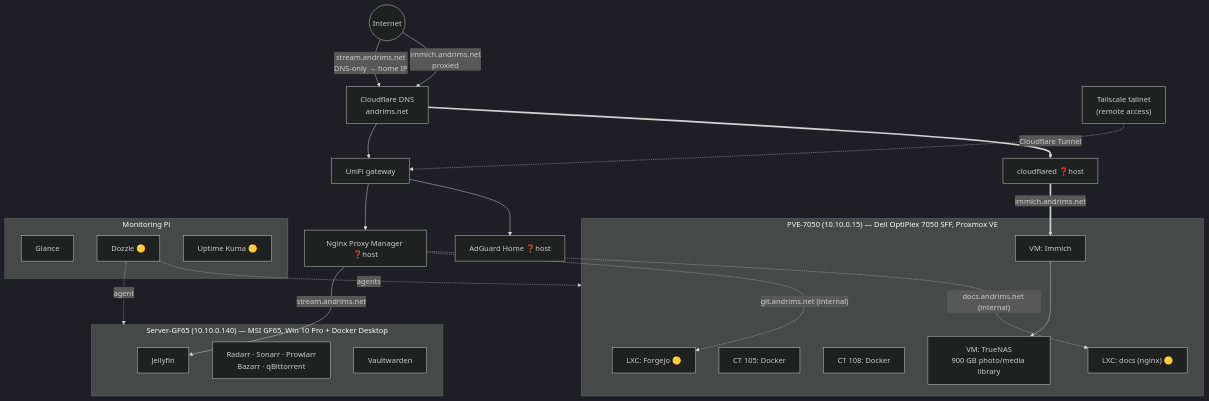
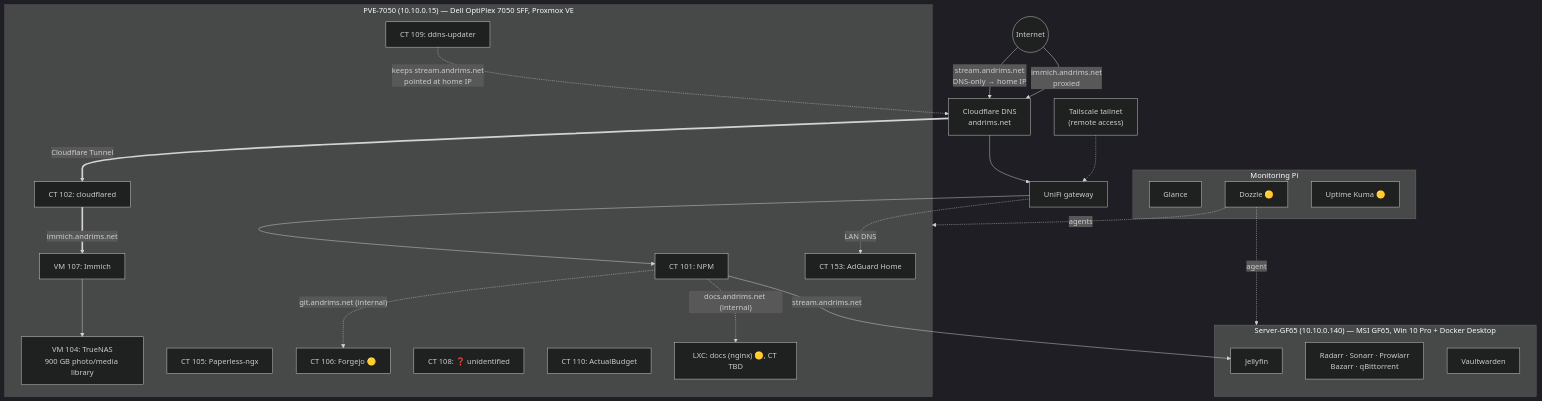
Before and after one commit to Aulteran/homelab-docs: the diagram in docs/index.md, drawn with Mermaid (dark theme). The commit also changed other lines of this file and 17 other files, not shown here.

````diff
--- a/docs/index.md
+++ b/docs/index.md
@@ -39,44 +40,49 @@
 ```mermaid
 flowchart TB
     internet((Internet))
     cf["Cloudflare DNS<br/>andrims.net"]
     ts["Tailscale tailnet<br/>(remote access)"]
 
     internet -->|"stream.andrims.net<br/>DNS-only → home IP"| cf
     internet -->|"immich.andrims.net<br/>proxied"| cf
     cf --> unifi["UniFi gateway"]
-    cf ==>|"Cloudflare Tunnel"| cfd["cloudflared ❓host"]
     ts -.-> unifi
 
-    unifi --> npm["Nginx Proxy Manager ❓host"]
-    unifi --> adguard["AdGuard Home ❓host"]
-
     subgraph pve["PVE-7050 (10.10.0.15) — Dell OptiPlex 7050 SFF, Proxmox VE"]
-        truenas["VM: TrueNAS<br/>900 GB photo/media library"]
-        immich["VM: Immich"]
-        ct105["CT 105: Docker"]
-        ct108["CT 108: Docker"]
-        forgejo["LXC: Forgejo 🟡"]
-        docs["LXC: docs (nginx) 🟡"]
+        npm["CT 101: NPM"]
+        cfd["CT 102: cloudflared"]
+        truenas["VM 104: TrueNAS<br/>900 GB photo/media library"]
+        paperless["CT 105: Paperless-ngx"]
+        forgejo["CT 106: Forgejo 🟡"]
+        immich["VM 107: Immich"]
+        ct108["CT 108: ❓ unidentified"]
+        ddns["CT 109: ddns-updater"]
+        budget["CT 110: ActualBudget"]
+        adguard["CT 153: AdGuard Home"]
+        docs["LXC: docs (nginx) 🟡, CT TBD"]
     end
 
     subgraph gf65["Server-GF65 (10.10.0.140) — MSI GF65, Win 10 Pro + Docker Desktop"]
         jellyfin["Jellyfin"]
         arr["Radarr · Sonarr · Prowlarr<br/>Bazarr · qBittorrent"]
         vw["Vaultwarden"]
     end
 
     subgraph pi["Monitoring Pi"]
         glance["Glance"]
         dozzle["Dozzle 🟡"]
         kuma["Uptime Kuma 🟡"]
     end
 
+    unifi --> npm
+    unifi -.->|LAN DNS| adguard
+    cf ==>|"Cloudflare Tunnel"| cfd
+    cfd ==>|immich.andrims.net| immich
+    ddns -.->|"keeps stream.andrims.net<br/>pointed at home IP"| cf
     npm -->|stream.andrims.net| jellyfin
     npm -.->|"git.andrims.net (internal)"| forgejo
     npm -.->|"docs.andrims.net (internal)"| docs
-    cfd ==>|immich.andrims.net| immich
     immich --> truenas
     dozzle -.->|agent| gf65
     dozzle -.->|agents| pve
 ```
````
